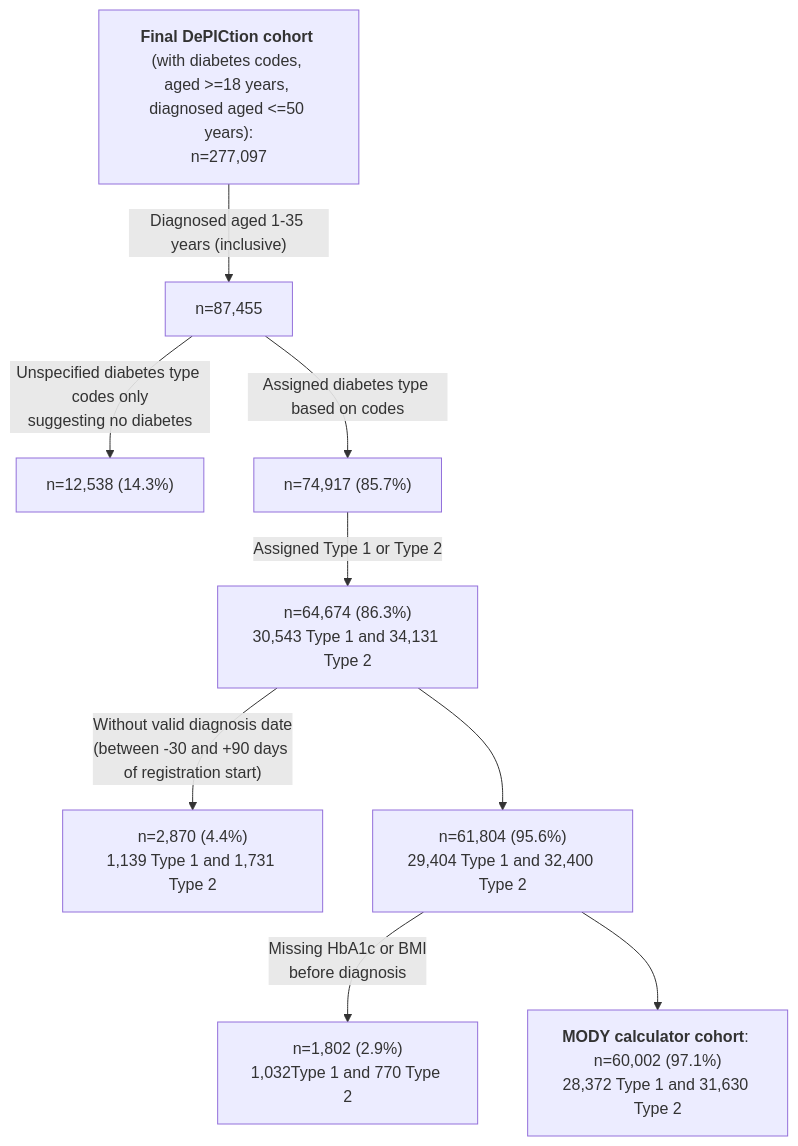
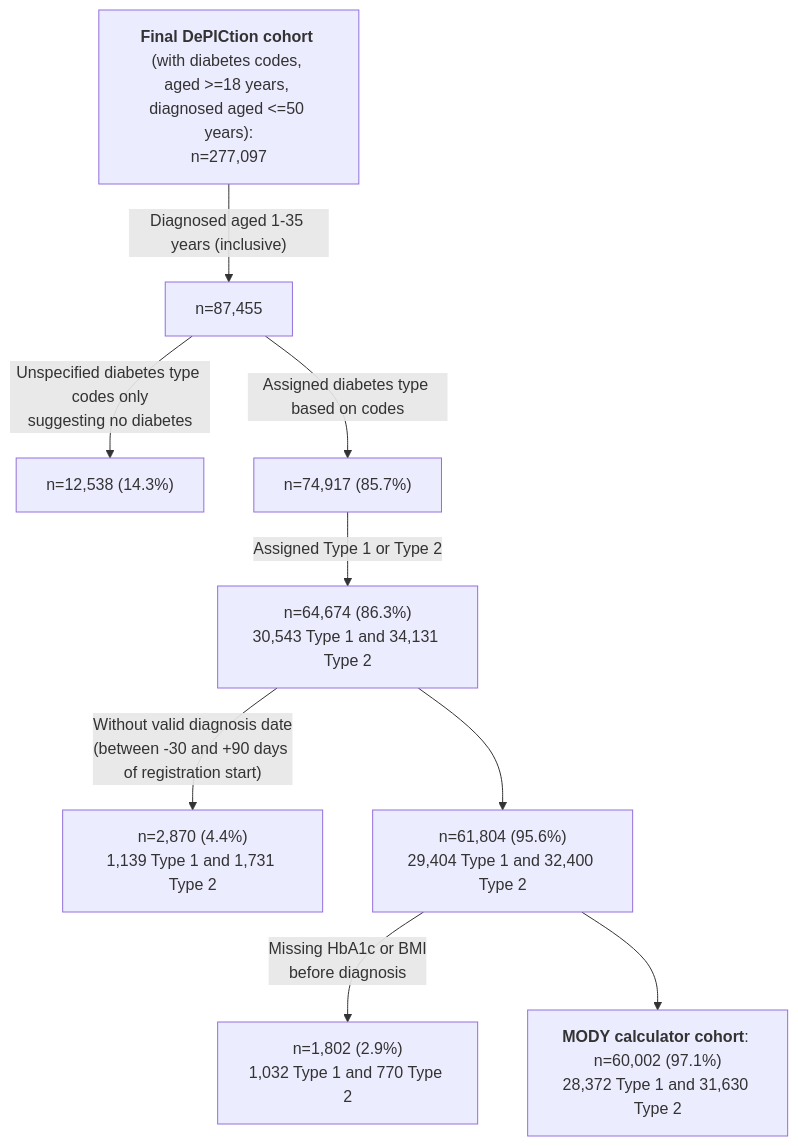
The third of 4 diagrams in README.md (Exeter-Diabetes/CPRD-Katie-DePICtion-Scripts), drawn with Mermaid before and after one commit.

````diff
--- a/README.md
+++ b/README.md
@@ -87,13 +87,13 @@
 ```mermaid
 graph TD;
     A["<b>Final DePICtion cohort</b> (with diabetes codes, <br>aged >=18 years, diagnosed aged <=50 years):<br>n=277,097"] --> |"Diagnosed aged 1-35 years (inclusive)"| B["n=87,455"]
     B --> |"Unspecified diabetes type codes only<br>suggesting no diabetes"| C["n=12,538 (14.3%)"]
     B --> |"Assigned diabetes type based on codes"| D["n=74,917 (85.7%)"]
     D --> |"Assigned Type 1 or Type 2"| E["n=64,674 (86.3%)<br>30,543 Type 1 and 34,131 Type 2"]
     E --> |"Without valid diagnosis date<br>(between -30 and +90 days of registration start)"| F["n=2,870 (4.4%)<br>1,139 Type 1 and 1,731 Type 2"]
     E --> G["n=61,804 (95.6%)<br>29,404 Type 1 and 32,400 Type 2"]
-    G --> |"Missing HbA1c or BMI<br>before diagnosis"|H["n=1,802 (2.9%)<br>1,032Type 1 and 770 Type 2"]
+    G --> |"Missing HbA1c or BMI<br>before diagnosis"|H["n=1,802 (2.9%)<br>1,032 Type 1 and 770 Type 2"]
     G --> I["<b>MODY calculator cohort</b>: n=60,002 (97.1%)<br>28,372 Type 1 and 31,630 Type 2"]
    
    
 ```
````
